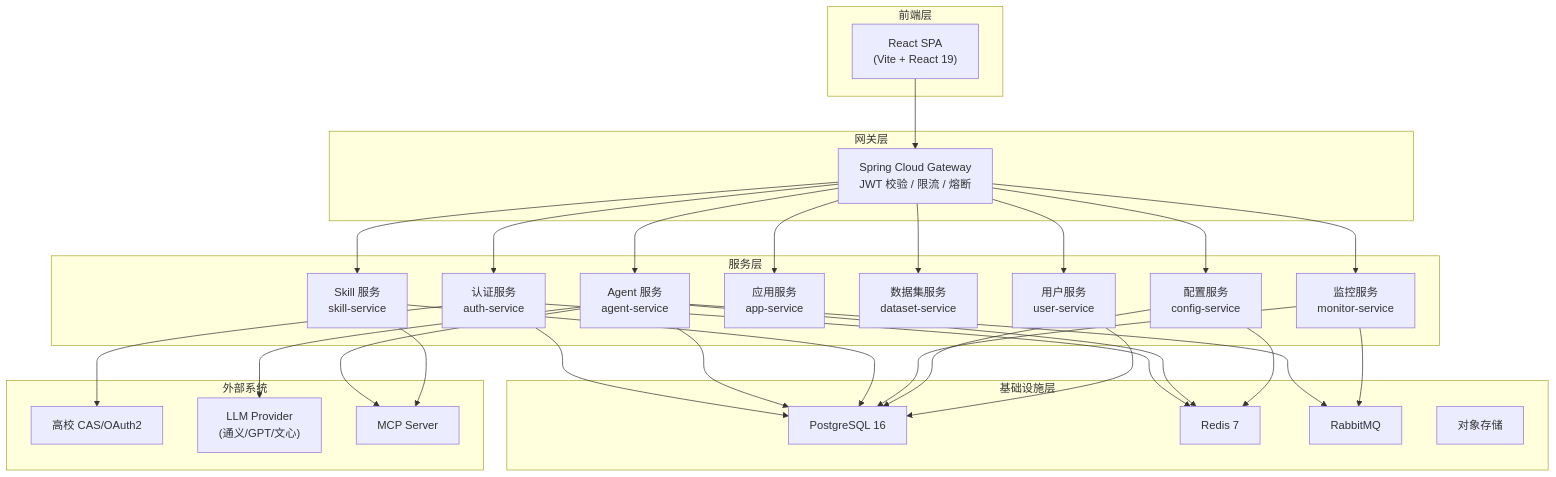
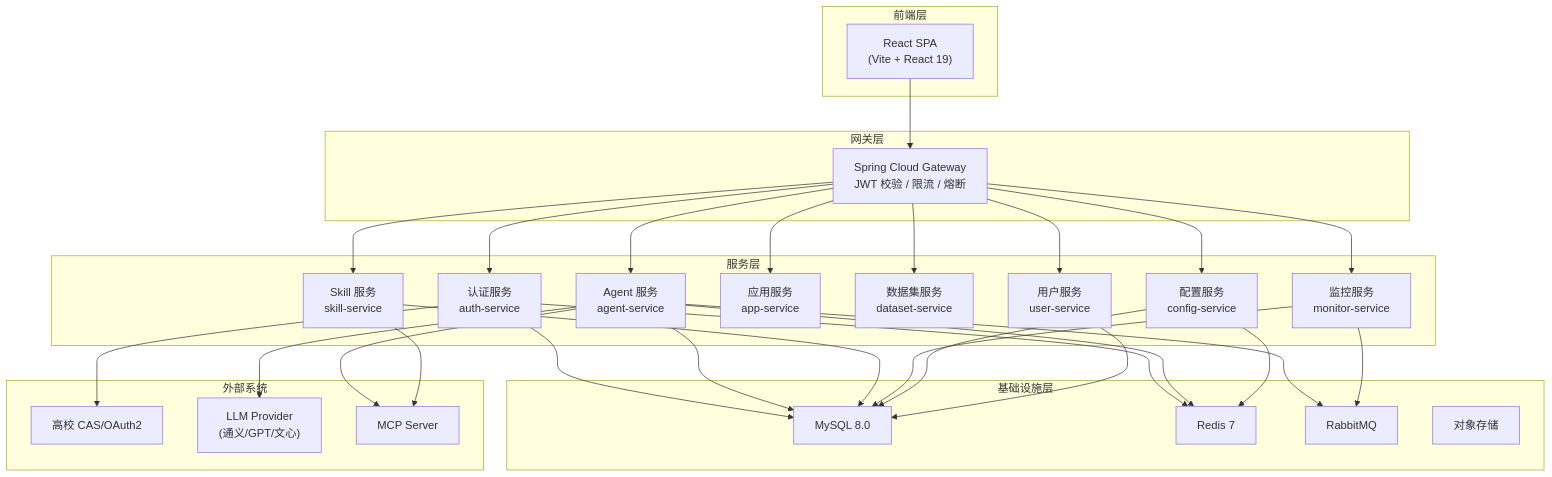
Before and after one commit to WangDiGua/LantuConnect-Frontend: the first of 4 diagrams in docs/backend-architecture.md, drawn with Mermaid. The commit also changed other lines of this file, not shown here.

First line of the commit message:
docs: 将后端架构文档数据库选型从 PostgreSQL 改为 MySQL 8.0

````diff
--- a/docs/backend-architecture.md
+++ b/docs/backend-architecture.md
@@ -49,60 +49,60 @@
 ```mermaid
 graph TB
     subgraph frontend [前端层]
         WebApp["React SPA<br/>(Vite + React 19)"]
     end
 
     subgraph gateway [网关层]
         GW["Spring Cloud Gateway<br/>JWT 校验 / 限流 / 熔断"]
     end
 
     subgraph service [服务层]
         AuthSvc["认证服务<br/>auth-service"]
         AgentSvc["Agent 服务<br/>agent-service"]
         SkillSvc["Skill 服务<br/>skill-service"]
         AppSvc["应用服务<br/>app-service"]
         DatasetSvc["数据集服务<br/>dataset-service"]
         MonitorSvc["监控服务<br/>monitor-service"]
         ConfigSvc["配置服务<br/>config-service"]
         UserSvc["用户服务<br/>user-service"]
     end
 
     subgraph infra [基础设施层]
-        PG["PostgreSQL 16"]
+        MySQL["MySQL 8.0"]
         RD["Redis 7"]
         MQ["RabbitMQ"]
         OSS["对象存储"]
     end
 
     subgraph external [外部系统]
         CAS["高校 CAS/OAuth2"]
         LLM["LLM Provider<br/>(通义/GPT/文心)"]
         MCP["MCP Server"]
     end
 
     WebApp --> GW
     GW --> AuthSvc
     GW --> AgentSvc
     GW --> SkillSvc
     GW --> AppSvc
     GW --> DatasetSvc
     GW --> MonitorSvc
     GW --> ConfigSvc
     GW --> UserSvc
 
-    AuthSvc --> PG
+    AuthSvc --> MySQL
     AuthSvc --> RD
     AuthSvc --> CAS
-    AgentSvc --> PG
+    AgentSvc --> MySQL
     AgentSvc --> RD
     AgentSvc --> MQ
     AgentSvc --> LLM
     AgentSvc --> MCP
-    SkillSvc --> PG
+    SkillSvc --> MySQL
     SkillSvc --> MCP
-    MonitorSvc --> PG
+    MonitorSvc --> MySQL
     MonitorSvc --> MQ
-    ConfigSvc --> PG
+    ConfigSvc --> MySQL
     ConfigSvc --> RD
-    UserSvc --> PG
+    UserSvc --> MySQL
 ```
````
